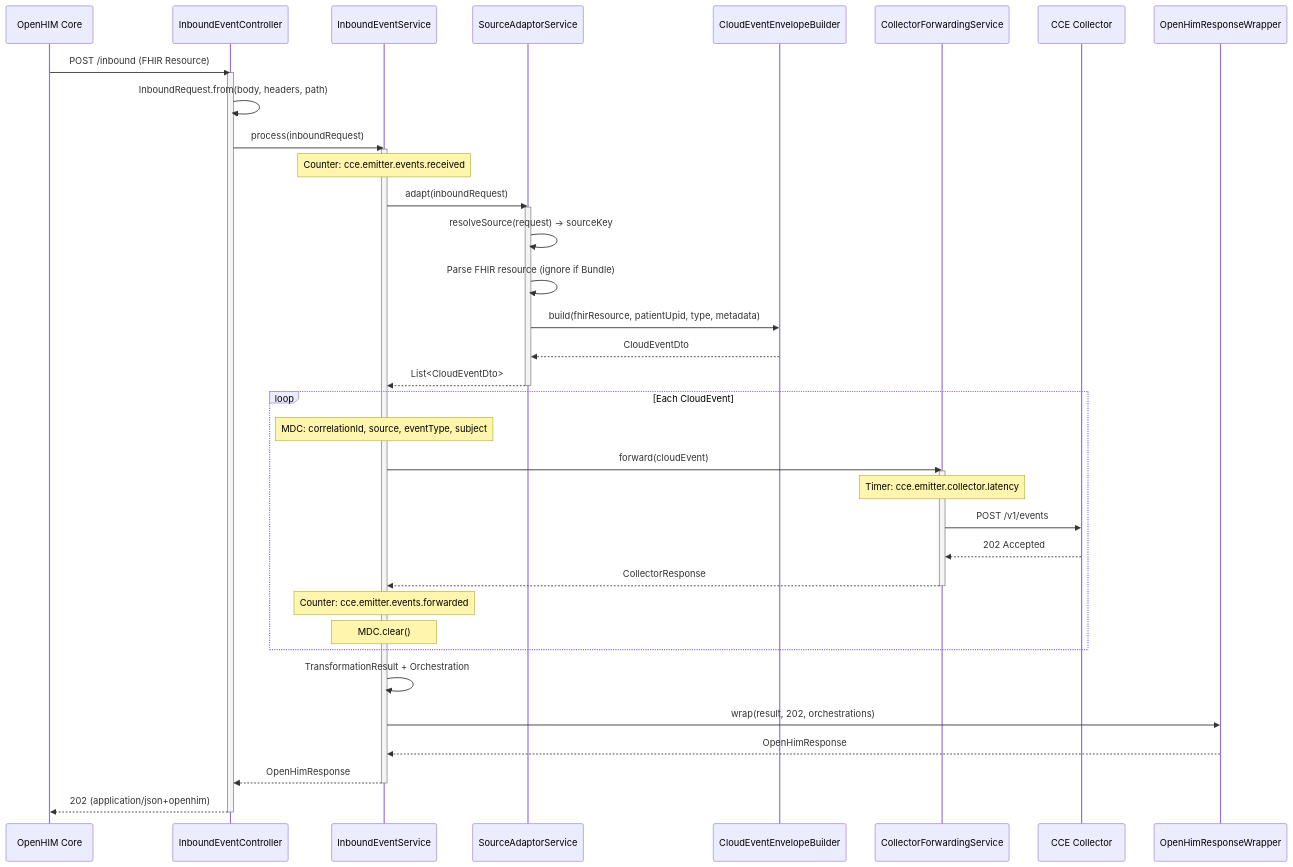
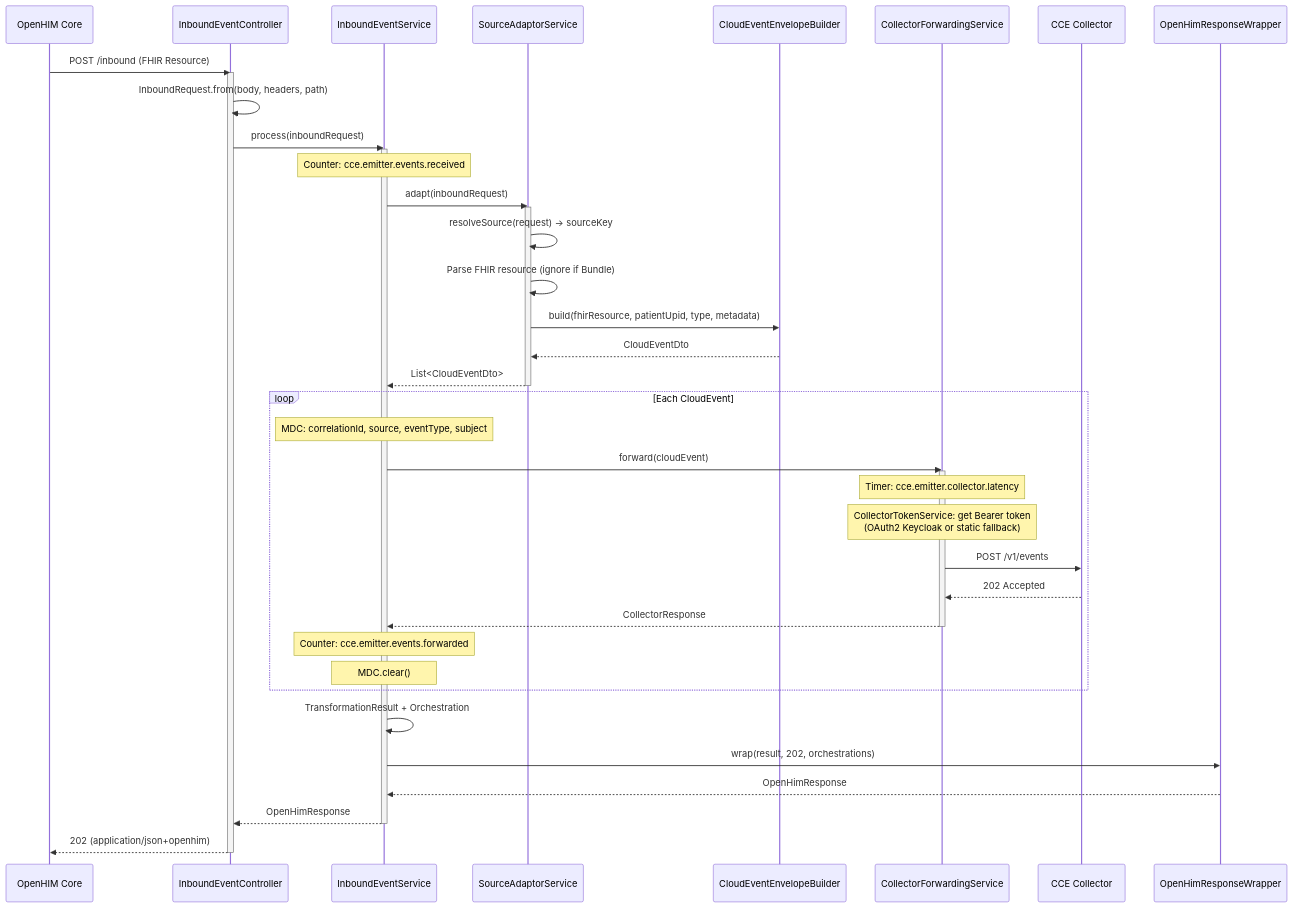
One commit to Jayaprakash8887/openhim-cce-emitter-adaptor changed the second of 8 diagrams in docs/flow-diagrams.md. Above: the diagram before and after it, drawn with Mermaid. The commit also changed 12 other files, not shown here.

Commit message:
OAuth2 Implementation for Collector service

````diff
--- a/docs/flow-diagrams.md
+++ b/docs/flow-diagrams.md
@@ -47,53 +47,54 @@
 ```mermaid
 sequenceDiagram
     participant OHC as OpenHIM Core
     participant Ctrl as InboundEventController
     participant EvtSvc as InboundEventService
     participant Svc as SourceAdaptorService
     participant CE as CloudEventEnvelopeBuilder
     participant Fwd as CollectorForwardingService
     participant Col as CCE Collector
     participant Wrap as OpenHimResponseWrapper
 
     OHC->>Ctrl: POST /inbound (FHIR Resource)
     activate Ctrl
 
     Ctrl->>Ctrl: InboundRequest.from(body, headers, path)
 
     Ctrl->>EvtSvc: process(inboundRequest)
     activate EvtSvc
 
     Note over EvtSvc: Counter: cce.emitter.events.received
 
     EvtSvc->>Svc: adapt(inboundRequest)
     activate Svc
     Svc->>Svc: resolveSource(request) → sourceKey
     Svc->>Svc: Parse FHIR resource (ignore if Bundle)
     Svc->>CE: build(fhirResource, patientUpid, type, metadata)
     CE-->>Svc: CloudEventDto
     Svc-->>EvtSvc: List<CloudEventDto>
     deactivate Svc
 
     loop Each CloudEvent
         Note over EvtSvc: MDC: correlationId, source, eventType, subject
         EvtSvc->>Fwd: forward(cloudEvent)
         activate Fwd
         Note over Fwd: Timer: cce.emitter.collector.latency
+        Note over Fwd: CollectorTokenService: get Bearer token<br/>(OAuth2 Keycloak or static fallback)
         Fwd->>Col: POST /v1/events
         Col-->>Fwd: 202 Accepted
         Fwd-->>EvtSvc: CollectorResponse
         deactivate Fwd
         Note over EvtSvc: Counter: cce.emitter.events.forwarded
         Note over EvtSvc: MDC.clear()
     end
 
     EvtSvc->>EvtSvc: TransformationResult + Orchestration
     EvtSvc->>Wrap: wrap(result, 202, orchestrations)
     Wrap-->>EvtSvc: OpenHimResponse
 
     EvtSvc-->>Ctrl: OpenHimResponse
     deactivate EvtSvc
 
     Ctrl-->>OHC: 202 (application/json+openhim)
     deactivate Ctrl
 ```
````
